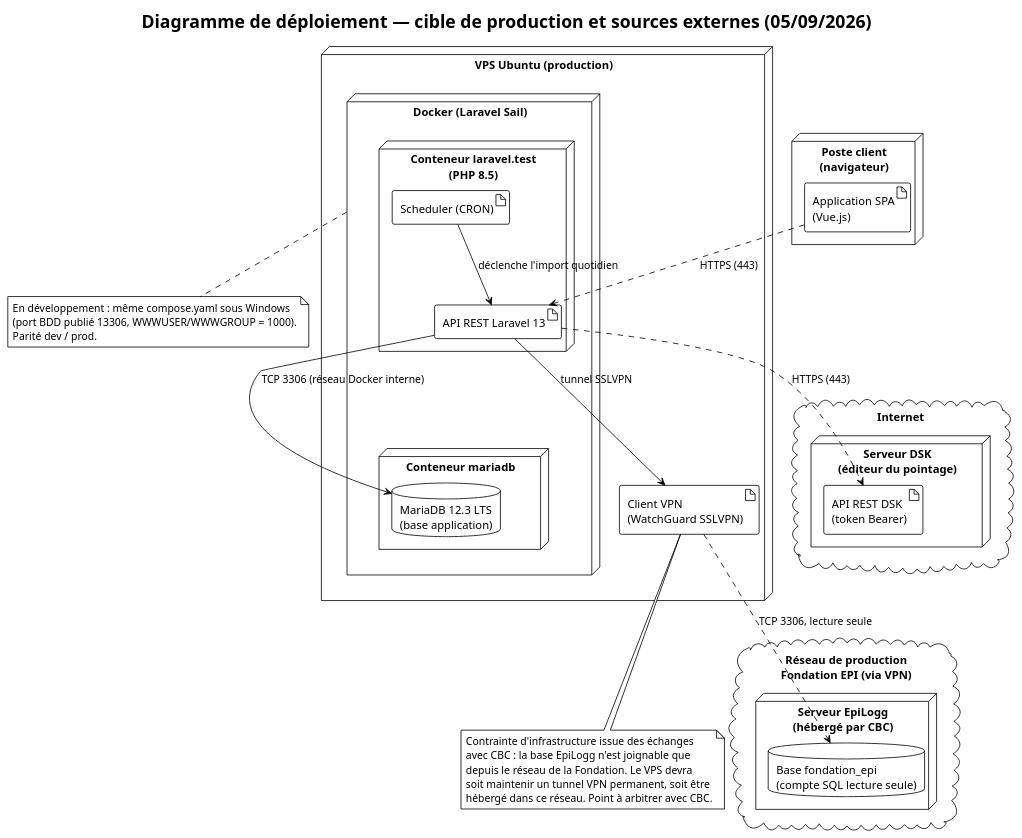
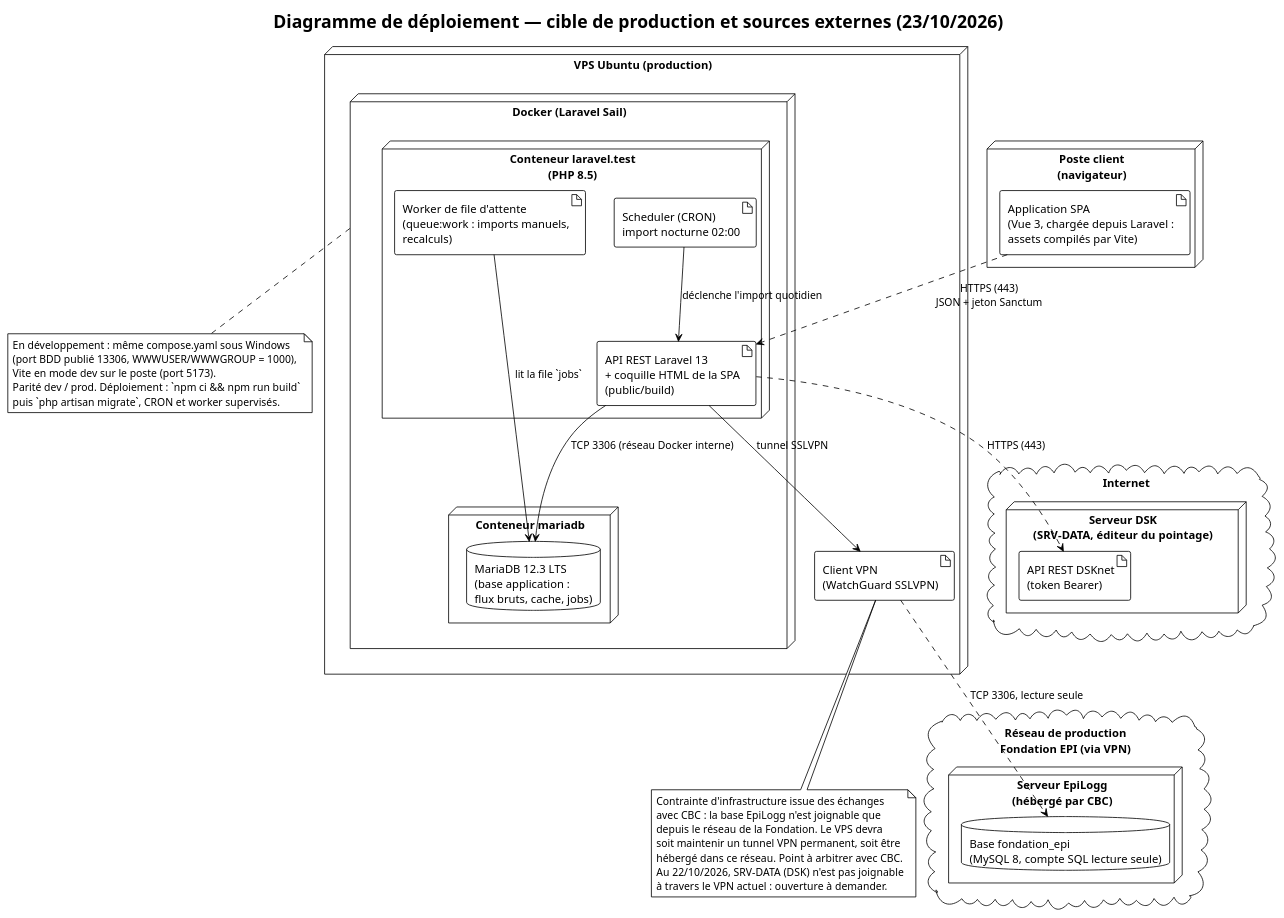
Before and after one commit to midjix/plantuml: the diagram in diagrammes_de_déploiment.puml, drawn with PlantUML. The commit also changed 2 other files, not shown here.

Commit message:
docs(uml): Vue.js front (step A) in components and deployment diagrams
- components: frontend package detailed (views, router with role guards,
  Pinia stores, axios client with Sanctum token)
- deployment: SPA served by Laravel (Vite build), queue worker in the app
  container, EpiLogg = MySQL 8, deployment note, DSK reachability
- README: journal entry with the UI choices validated on 23/10/2026

```diff
--- a/diagrammes_de_déploiment.puml
+++ b/diagrammes_de_déploiment.puml
@@ -1,56 +1,62 @@
 @startuml
 !theme plain
 
-title Diagramme de déploiement — cible de production et sources externes (05/09/2026)
+title Diagramme de déploiement — cible de production et sources externes (23/10/2026)
 
 node "Poste client\n(navigateur)" as client {
-    artifact "Application SPA\n(Vue.js)" as spa
+    artifact "Application SPA\n(Vue 3, chargée depuis Laravel :\nassets compilés par Vite)" as spa
 }
 
 node "VPS Ubuntu (production)" as vps {
     node "Docker (Laravel Sail)" as docker {
         node "Conteneur laravel.test\n(PHP 8.5)" as app {
-            artifact "API REST Laravel 13" as laravel
-            artifact "Scheduler (CRON)" as cron
+            artifact "API REST Laravel 13\n+ coquille HTML de la SPA\n(public/build)" as laravel
+            artifact "Scheduler (CRON)\nimport nocturne 02:00" as cron
+            artifact "Worker de file d'attente\n(queue:work : imports manuels,\nrecalculs)" as worker
         }
         node "Conteneur mariadb" as dbnode {
-            database "MariaDB 12.3 LTS\n(base application)" as mariadb
+            database "MariaDB 12.3 LTS\n(base application :\nflux bruts, cache, jobs)" as mariadb
         }
     }
     artifact "Client VPN\n(WatchGuard SSLVPN)" as vpn
 }
 
 cloud "Réseau de production\nFondation EPI (via VPN)" as reseau_epi {
     node "Serveur EpiLogg\n(hébergé par CBC)" as srv_epilogg {
-        database "Base fondation_epi\n(compte SQL lecture seule)" as epilogg_db
+        database "Base fondation_epi\n(MySQL 8, compte SQL lecture seule)" as epilogg_db
     }
 }
 
 cloud "Internet" as internet {
-    node "Serveur DSK\n(éditeur du pointage)" as srv_dsk {
-        artifact "API REST DSK\n(token Bearer)" as dsk_api
+    node "Serveur DSK\n(SRV-DATA, éditeur du pointage)" as srv_dsk {
+        artifact "API REST DSKnet\n(token Bearer)" as dsk_api
     }
 }
 
-spa ..> laravel : HTTPS (443)
+spa ..> laravel : HTTPS (443)\nJSON + jeton Sanctum
 laravel --> mariadb : TCP 3306 (réseau Docker interne)
 cron --> laravel : déclenche l'import quotidien
+worker --> mariadb : lit la file `jobs`
 laravel --> vpn : tunnel SSLVPN
 vpn ..> epilogg_db : TCP 3306, lecture seule
 laravel ..> dsk_api : HTTPS (443)
 
 note bottom of vpn
   Contrainte d'infrastructure issue des échanges
   avec CBC : la base EpiLogg n'est joignable que
   depuis le réseau de la Fondation. Le VPS devra
   soit maintenir un tunnel VPN permanent, soit être
   hébergé dans ce réseau. Point à arbitrer avec CBC.
+  Au 22/10/2026, SRV-DATA (DSK) n'est pas joignable
+  à travers le VPN actuel : ouverture à demander.
 end note
 
 note bottom of docker
   En développement : même compose.yaml sous Windows
-  (port BDD publié 13306, WWWUSER/WWWGROUP = 1000).
-  Parité dev / prod.
+  (port BDD publié 13306, WWWUSER/WWWGROUP = 1000),
+  Vite en mode dev sur le poste (port 5173).
+  Parité dev / prod. Déploiement : `npm ci && npm run build`
+  puis `php artisan migrate`, CRON et worker supervisés.
 end note
 
 @enduml
```
